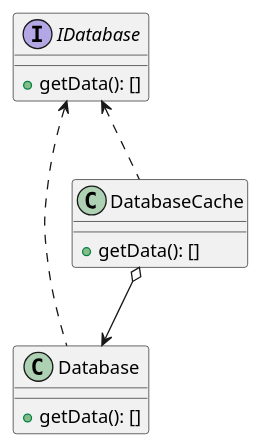
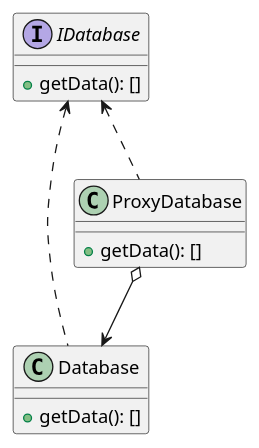
Before and after one commit to Zybr/enterprise-patterns: the diagram in src/Data Patterns/Cache Patterns/Cache Accessor/cache_accessor.puml, drawn with PlantUML. The commit also changed 9 other files, not shown here.

```diff
--- a/src/Data Patterns/Cache Patterns/Cache Accessor/cache_accessor.puml
+++ b/src/Data Patterns/Cache Patterns/Cache Accessor/cache_accessor.puml
@@ -1,20 +1,20 @@
 @startuml
 
 interface IDatabase {
     + getData(): []
 }
 
 class Database {
     + getData(): []
 }
 
-class DatabaseCache {
+class ProxyDatabase {
     + getData(): []
 }
 
 IDatabase <.. Database
-IDatabase <.. DatabaseCache
+IDatabase <.. ProxyDatabase
 
-DatabaseCache o--> Database
+ProxyDatabase o--> Database
 
 @enduml
```
